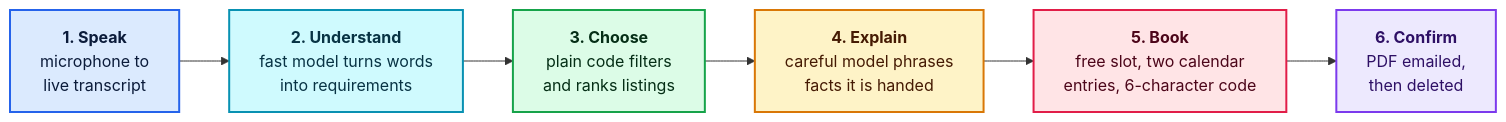
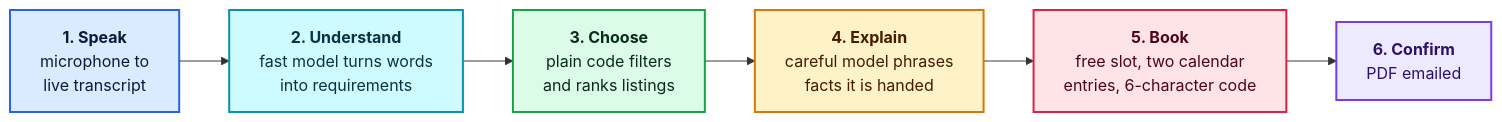
The second of 22 diagrams in Docs/Architecture.md (KarthikBattaram19/Capstone_Project_Next_Leap), drawn with Mermaid before and after one commit. The commit also changed other lines of this file and 2 other files, not shown here.

````diff
--- a/Docs/Architecture.md
+++ b/Docs/Architecture.md
@@ -86,21 +81,21 @@
 ```mermaid
 flowchart LR
     A["<b>1. Speak</b><br/>microphone to<br/>live transcript"] --> B["<b>2. Understand</b><br/>fast model turns words<br/>into requirements"]
     B --> C["<b>3. Choose</b><br/>plain code filters<br/>and ranks listings"]
     C --> D["<b>4. Explain</b><br/>careful model phrases<br/>facts it is handed"]
     D --> E["<b>5. Book</b><br/>free slot, two calendar<br/>entries, 6-character code"]
-    E --> F["<b>6. Confirm</b><br/>PDF emailed,<br/>then deleted"]
+    E --> F["<b>6. Confirm</b><br/>PDF emailed"]
 
     classDef s1 fill:#dbeafe,stroke:#2563eb,stroke-width:2px,color:#0b1b3a
     classDef s2 fill:#cffafe,stroke:#0891b2,stroke-width:2px,color:#083344
     classDef s3 fill:#dcfce7,stroke:#16a34a,stroke-width:2px,color:#052e16
     classDef s4 fill:#fef3c7,stroke:#d97706,stroke-width:2px,color:#451a03
     classDef s5 fill:#ffe4e6,stroke:#e11d48,stroke-width:2px,color:#4c0519
     classDef s6 fill:#ede9fe,stroke:#7c3aed,stroke-width:2px,color:#2e1065
     class A s1
     class B s2
     class C s3
     class D s4
     class E s5
     class F s6
 ```
````
